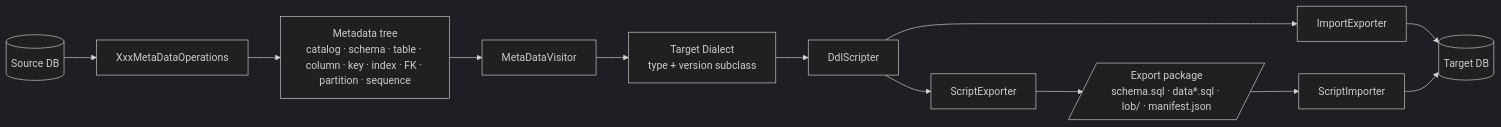
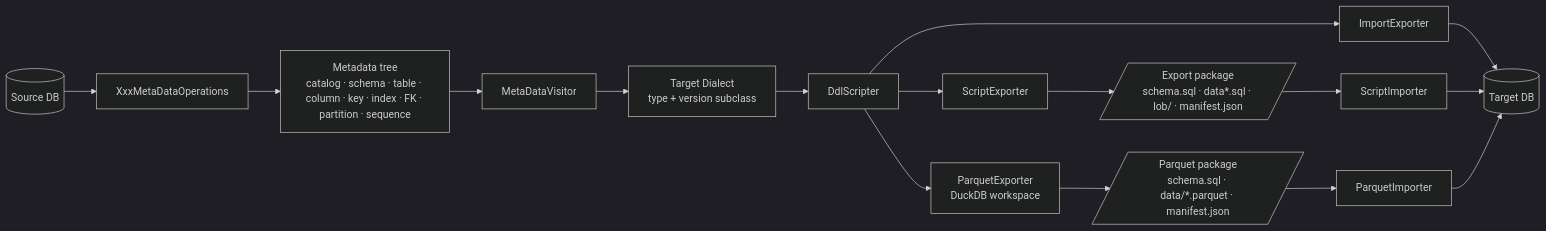
Before and after one commit to paganini2008/sqljam: the diagram in README.md, drawn with Mermaid (dark theme). The commit also changed other lines of this file and 169 other files, not shown here.

````diff
--- a/README.md
+++ b/README.md
@@ -43,11 +49,13 @@
 ```mermaid
 flowchart LR
     S[(Source DB)] --> O[XxxMetaDataOperations]
     O --> T[Metadata tree<br/>catalog · schema · table · column · key · index · FK · partition · sequence]
     T --> V[MetaDataVisitor]
     V --> D[Target Dialect<br/>type + version subclass]
     D --> DS[DdlScripter]
     DS --> I[ImportExporter] --> TD[(Target DB)]
     DS --> E[ScriptExporter] --> P[/Export package<br/>schema.sql · data*.sql · lob/ · manifest.json/]
+    DS --> PE[ParquetExporter<br/>DuckDB workspace] --> PP[/Parquet package<br/>schema.sql · data/*.parquet · manifest.json/]
     P --> SI[ScriptImporter] --> TD
+    PP --> PI[ParquetImporter] --> TD
 ```
````
